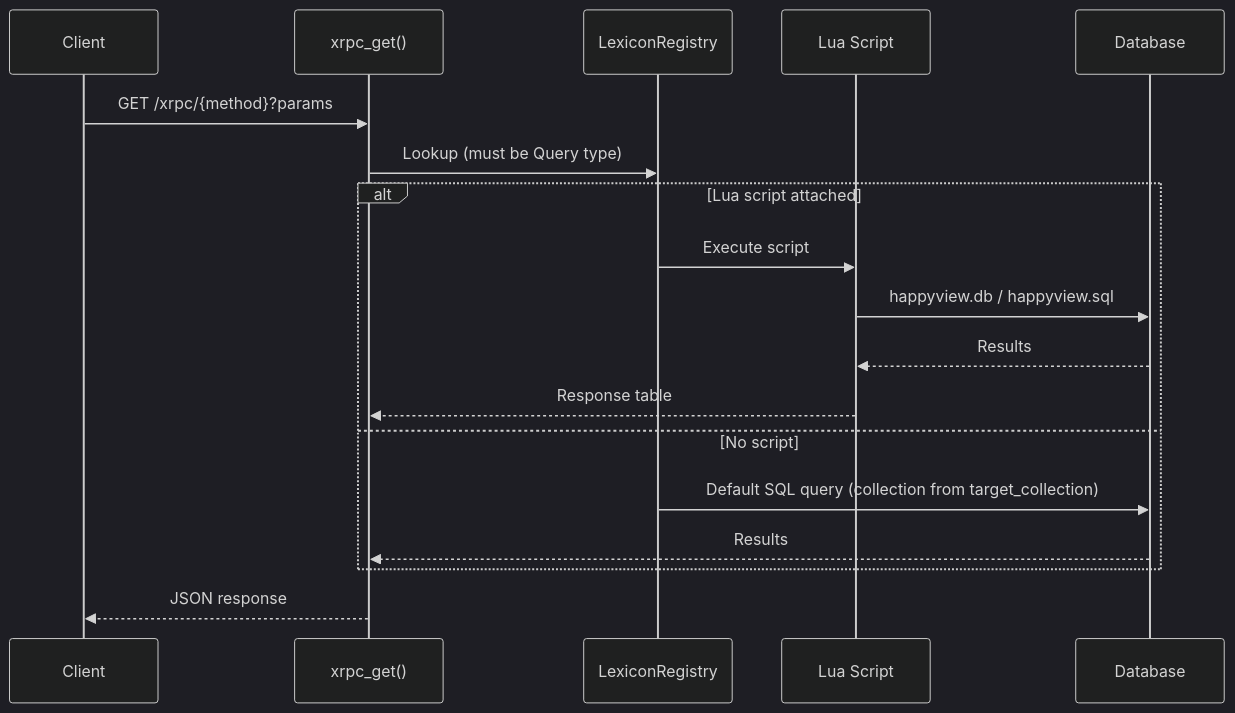
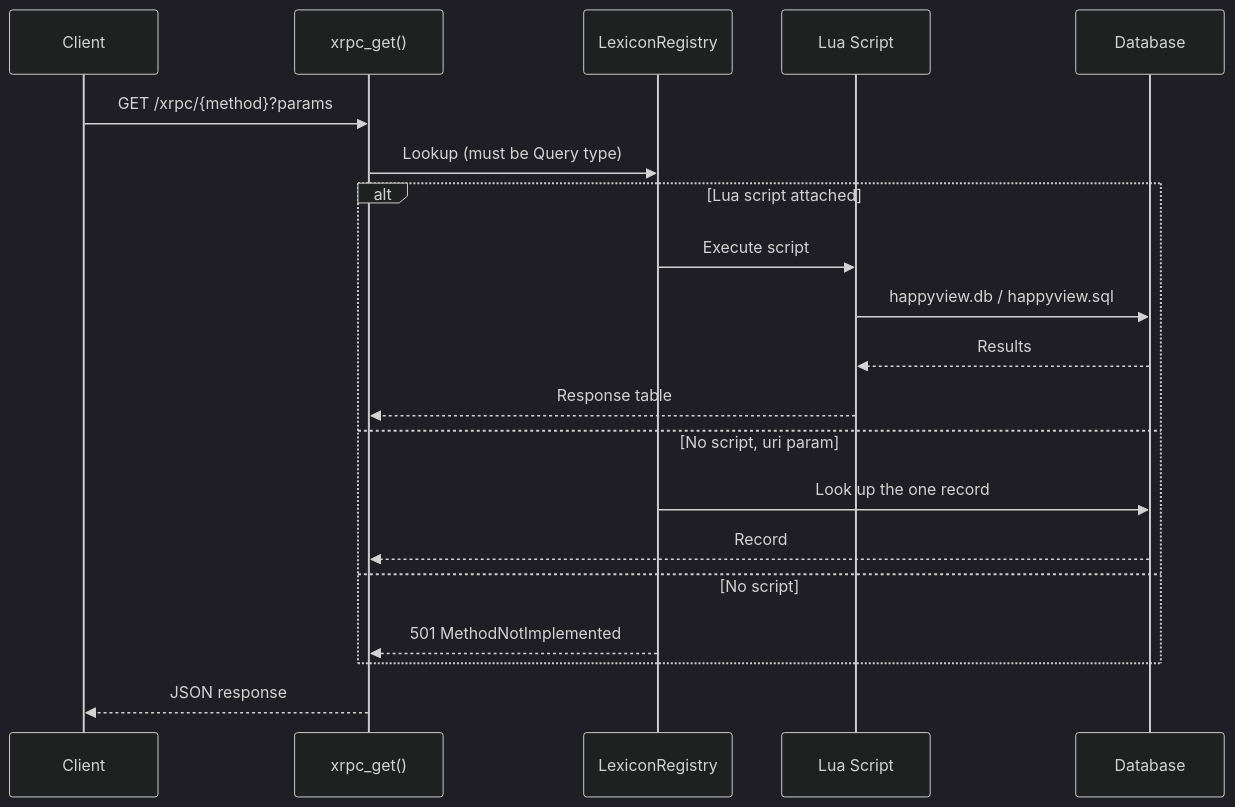
One commit to gamesgamesgamesgamesgames/happyview changed the second of 6 diagrams in packages/docs/content/docs/reference/architecture.md. Above: the diagram before and after it, drawn with Mermaid (dark theme). The commit also changed other lines of this file and 119 other files, not shown here.

Commit message:
feat: drop target_collection and action, so a query or procedure is its script

````diff
--- a/packages/docs/content/docs/reference/architecture.md
+++ b/packages/docs/content/docs/reference/architecture.md
@@ -44,21 +44,23 @@
 ```mermaid
 sequenceDiagram
     participant C as Client
     participant X as xrpc_get()
     participant R as LexiconRegistry
     participant L as Lua Script
     participant D as Database
 
     C->>X: GET /xrpc/{method}?params
     X->>R: Lookup (must be Query type)
     alt Lua script attached
         R->>L: Execute script
         L->>D: happyview.db / happyview.sql
         D-->>L: Results
         L-->>X: Response table
+    else No script, uri param
+        R->>D: Look up the one record
+        D-->>X: Record
     else No script
-        R->>D: Default SQL query (collection from target_collection)
-        D-->>X: Results
+        R-->>X: 501 MethodNotImplemented
     end
     X-->>C: JSON response
 ```
````
